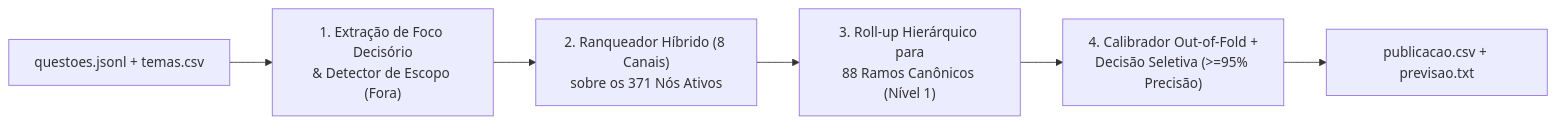
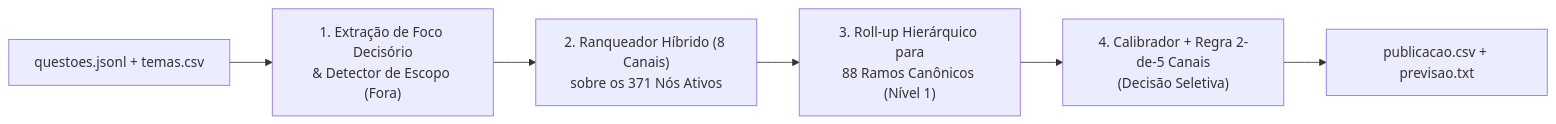
One commit to romariobc/desafio-vicio-ia changed the diagram in RELATORIO.md. Above: the diagram before and after it, drawn with Mermaid. The commit also changed other lines of this file and 11 other files, not shown here.

````diff
--- a/RELATORIO.md
+++ b/RELATORIO.md
@@ -31,8 +27,8 @@
 ```mermaid
 flowchart LR
     A["questoes.jsonl + temas.csv"] --> B["1. Extração de Foco Decisório\n& Detector de Escopo (Fora)"]
     B --> C["2. Ranqueador Híbrido (8 Canais)\nsobre os 371 Nós Ativos"]
     C --> D["3. Roll-up Hierárquico para\n88 Ramos Canônicos (Nível 1)"]
-    D --> E["4. Calibrador Out-of-Fold +\nDecisão Seletiva (>=95% Precisão)"]
+    D --> E["4. Calibrador + Regra 2-de-5 Canais\n(Decisão Seletiva)"]
     E --> F["publicacao.csv + previsao.txt"]
 ```
````
